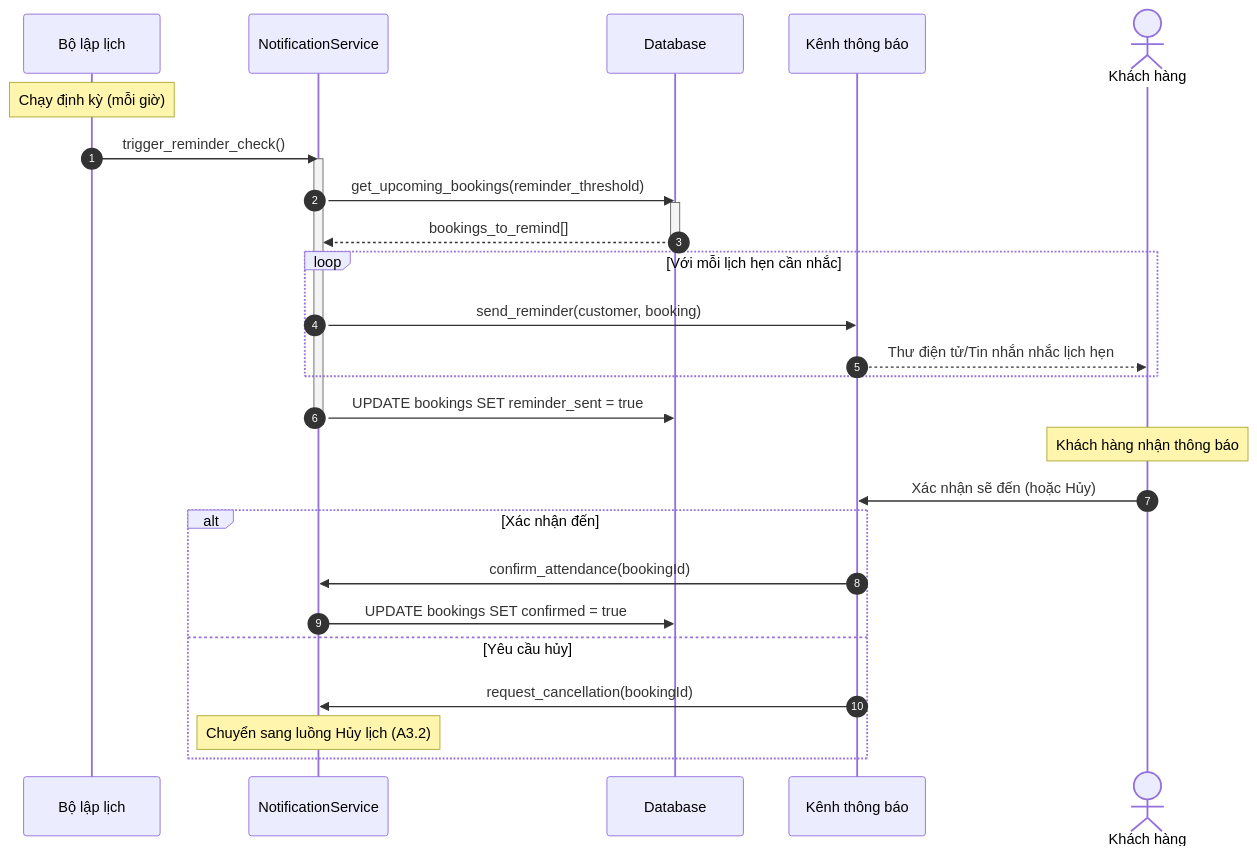
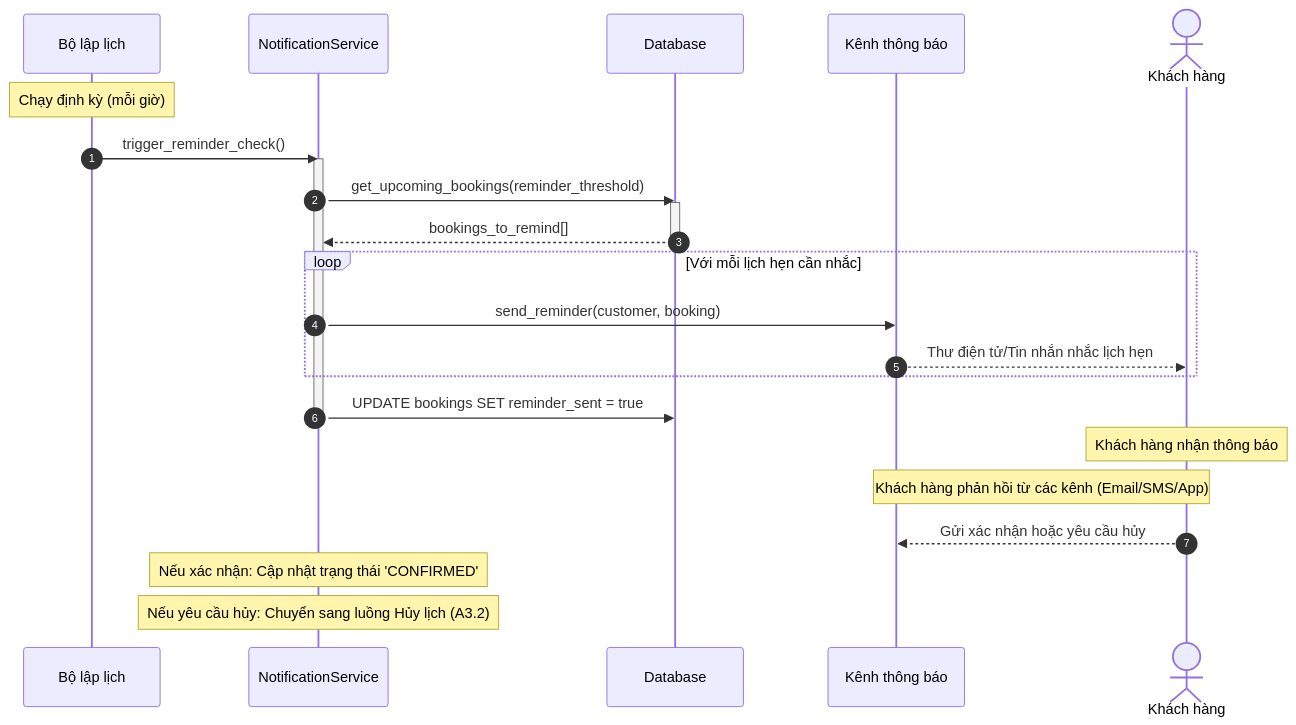
One commit to ngoctinn/Synapse changed the ninth of 10 diagrams in docs/design/sequences/customer_flows.md. Above: the diagram before and after it, drawn with Mermaid. The commit also changed other lines of this file and 9 other files, not shown here.

Commit message:
docs: Add initial design documentation for customer, receptionist, technician, and authentication flows, along with antigravity feature plans.

````diff
--- a/docs/design/sequences/customer_flows.md
+++ b/docs/design/sequences/customer_flows.md
@@ -401,37 +403,33 @@
 ```mermaid
 sequenceDiagram
     autonumber
     participant CRON as Bộ lập lịch
     participant S as NotificationService
     participant DB as Database
     participant NOTI as Kênh thông báo
     actor KH as Khách hàng
 
     Note over CRON: Chạy định kỳ (mỗi giờ)
     CRON->>S: trigger_reminder_check()
     activate S
 
     S->>DB: get_upcoming_bookings(reminder_threshold)
     activate DB
     DB-->>S: bookings_to_remind[]
     deactivate DB
 
     loop Với mỗi lịch hẹn cần nhắc
         S->>NOTI: send_reminder(customer, booking)
         NOTI-->>KH: Thư điện tử/Tin nhắn nhắc lịch hẹn
     end
 
     S->>DB: UPDATE bookings SET reminder_sent = true
     deactivate S
 
     Note over KH: Khách hàng nhận thông báo
-    KH->>NOTI: Xác nhận sẽ đến (hoặc Hủy)
+    Note over KH,NOTI: Khách hàng phản hồi từ các kênh (Email/SMS/App)
+    KH-->>NOTI: Gửi xác nhận hoặc yêu cầu hủy
 
-    alt Xác nhận đến
-        NOTI->>S: confirm_attendance(bookingId)
-        S->>DB: UPDATE bookings SET confirmed = true
-    else Yêu cầu hủy
-        NOTI->>S: request_cancellation(bookingId)
-        Note over S: Chuyển sang luồng Hủy lịch (A3.2)
-    end
+    Note over S: Nếu xác nhận: Cập nhật trạng thái 'CONFIRMED'
+    Note over S: Nếu yêu cầu hủy: Chuyển sang luồng Hủy lịch (A3.2)
 ```
````
